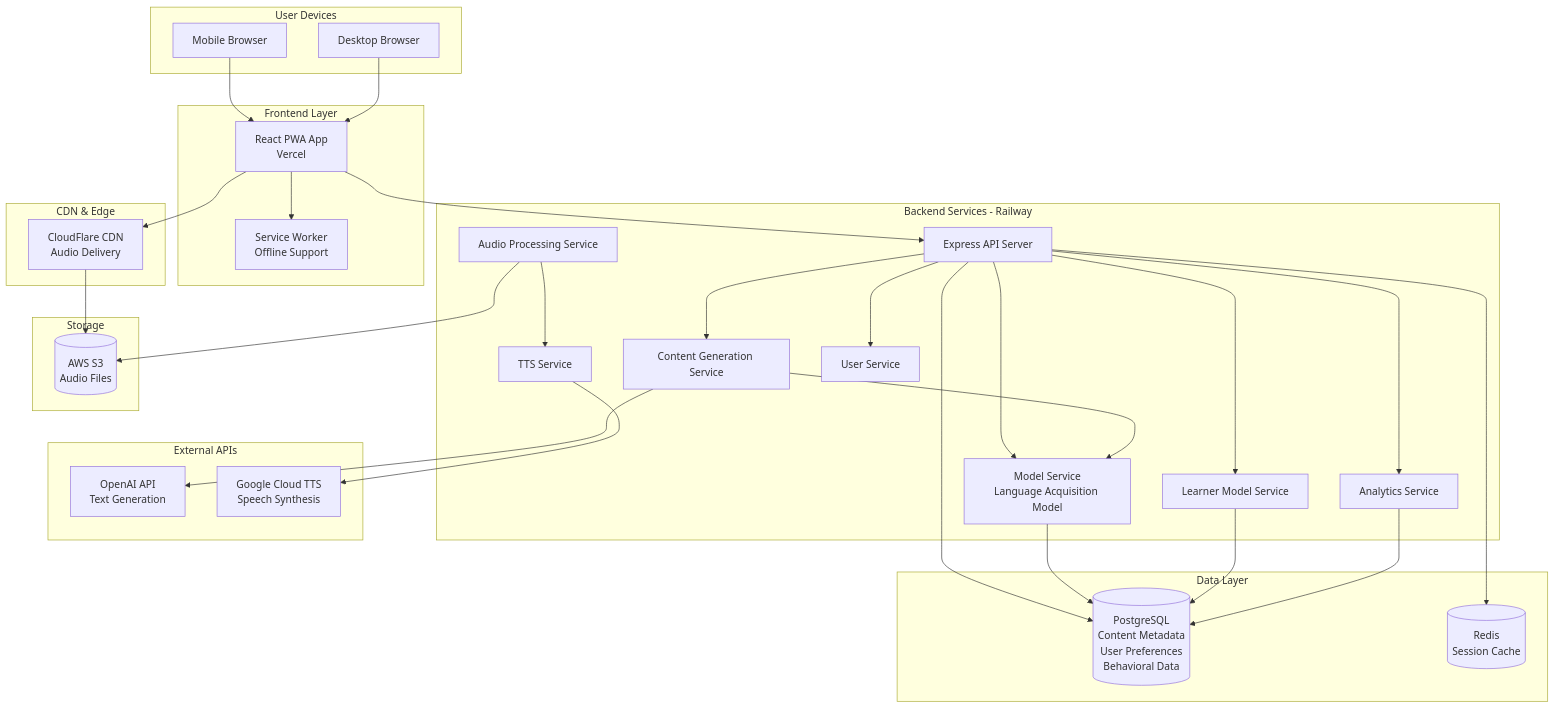
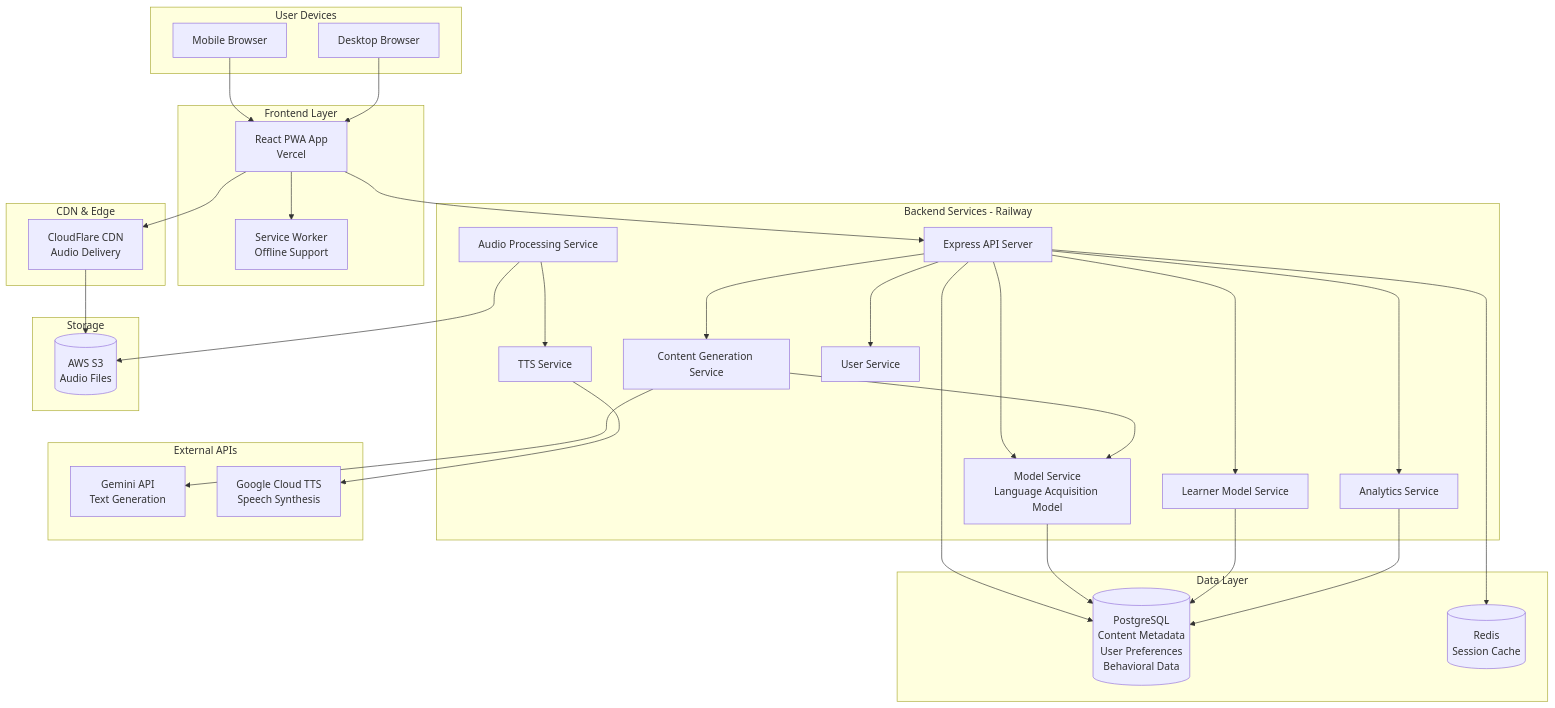
The diagram in docs/architecture/high-level-architecture.md (greenote440/language-learning), drawn with Mermaid before and after one commit. The commit also changed other lines of this file and 44 other files, not shown here.

````diff
--- a/docs/architecture/high-level-architecture.md
+++ b/docs/architecture/high-level-architecture.md
@@ -156,63 +156,63 @@
 ```mermaid
 graph TB
     subgraph "User Devices"
         Mobile[Mobile Browser]
         Desktop[Desktop Browser]
     end
 
     subgraph "Frontend Layer"
         PWA[React PWA App<br/>Vercel]
         SW[Service Worker<br/>Offline Support]
     end
 
     subgraph "CDN & Edge"
         CDN[CloudFlare CDN<br/>Audio Delivery]
     end
 
     subgraph "Backend Services - Railway"
         API[Express API Server]
         ModelSvc[Model Service<br/>Language Acquisition Model]
         ContentGen[Content Generation Service]
         TTSSvc[TTS Service]
         AudioProc[Audio Processing Service]
         UserSvc[User Service]
         LearnerSvc[Learner Model Service]
         AnalyticsSvc[Analytics Service]
     end
 
     subgraph "Data Layer"
         Postgres[(PostgreSQL<br/>Content Metadata<br/>User Preferences<br/>Behavioral Data)]
         Redis[(Redis<br/>Session Cache)]
     end
 
     subgraph "Storage"
         S3[(AWS S3<br/>Audio Files)]
     end
 
     subgraph "External APIs"
-        OpenAI[OpenAI API<br/>Text Generation]
+        Gemini[Gemini API<br/>Text Generation]
         GoogleTTS[Google Cloud TTS<br/>Speech Synthesis]
     end
 
     Mobile --> PWA
     Desktop --> PWA
     PWA --> SW
     PWA --> API
     API --> ModelSvc
     API --> ContentGen
     API --> UserSvc
     API --> LearnerSvc
     API --> AnalyticsSvc
-    ContentGen --> OpenAI
+    ContentGen --> Gemini
     ContentGen --> ModelSvc
     TTSSvc --> GoogleTTS
     AudioProc --> TTSSvc
     AudioProc --> S3
     CDN --> S3
     PWA --> CDN
     API --> Postgres
     API --> Redis
     ModelSvc --> Postgres
     LearnerSvc --> Postgres
     AnalyticsSvc --> Postgres
 ```
````
